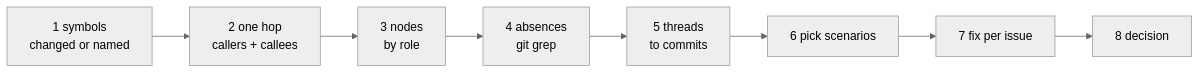
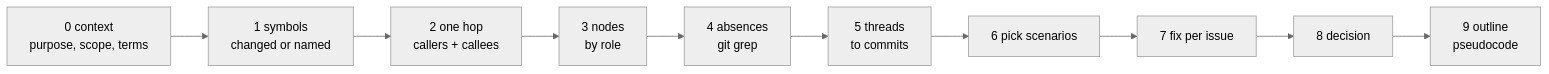
One commit to gauravprwl14/100x-engineer changed the diagram in skills/explain/references/research-recipe.md. Above: the diagram before and after it, drawn with Mermaid (neutral theme). The commit also changed other lines of this file and 1 other file, not shown here.

Commit message:
docs(explain): rules and recipe for context first, terms, origin and pseudocode

````diff
--- a/skills/explain/references/research-recipe.md
+++ b/skills/explain/references/research-recipe.md
@@ -7,10 +7,12 @@
 ```mermaid
 flowchart LR
-  S[1 symbols<br/>changed or named] --> H[2 one hop<br/>callers + callees]
+  X[0 context<br/>purpose, scope, terms] --> S[1 symbols<br/>changed or named]
+  S --> H[2 one hop<br/>callers + callees]
   H --> N[3 nodes<br/>by role]
   N --> A[4 absences<br/>git grep]
   A --> T[5 threads<br/>to commits]
   T --> P[6 pick scenarios]
   P --> F[7 fix per issue]
   F --> D[8 decision]
+  D --> O[9 outline<br/>pseudocode]
 ```
````
